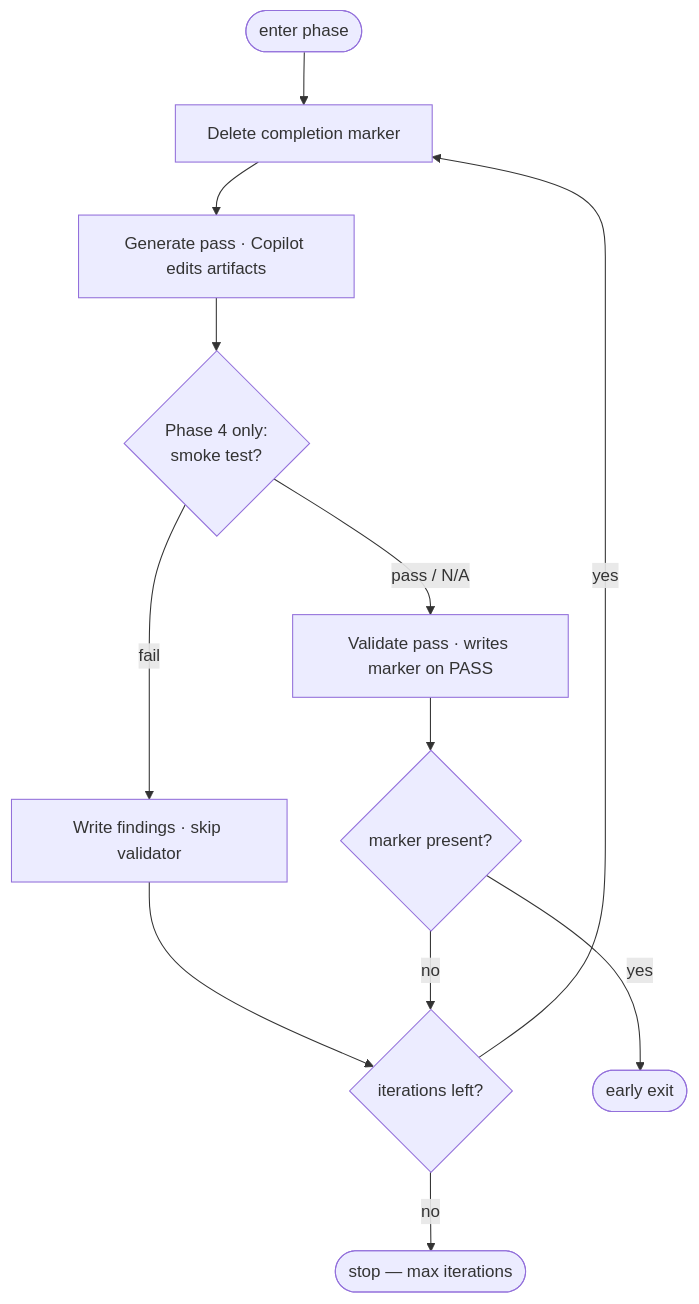
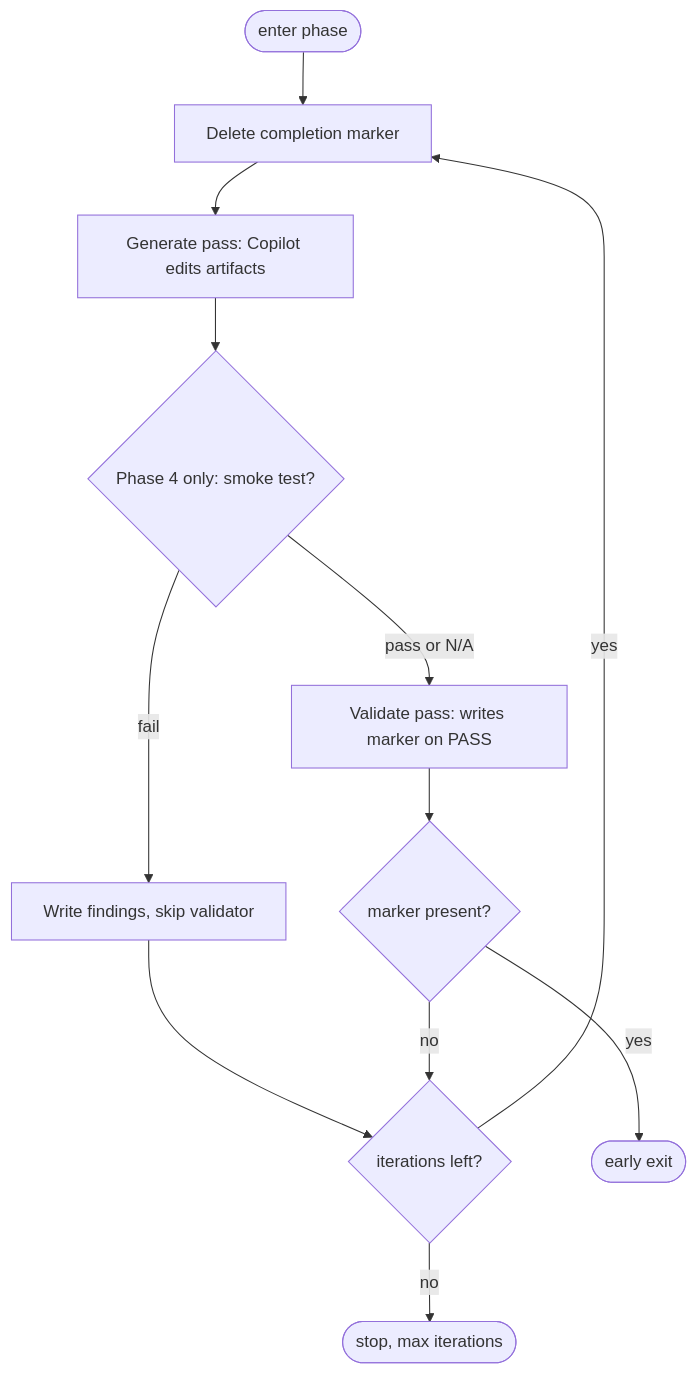
Before and after one commit to HighTech-Innovators/CodeWeave: the second of 2 diagrams in README.md, drawn with Mermaid. The commit also changed other lines of this file and 3 other files, not shown here.

````diff
--- a/README.md
+++ b/README.md
@@ -185,13 +182,13 @@
 ```mermaid
 flowchart TD
     enter(["enter phase"]) --> del["Delete completion marker"]
-    del --> genp["Generate pass · Copilot edits artifacts"]
-    genp --> smoke{"Phase 4 only:<br/>smoke test?"}
-    smoke -- fail --> report["Write findings · skip validator"] --> iter
-    smoke -- "pass / N/A" --> val["Validate pass · writes marker on PASS"]
+    del --> genp["Generate pass: Copilot edits artifacts"]
+    genp --> smoke{"Phase 4 only: smoke test?"}
+    smoke -- fail --> report["Write findings, skip validator"] --> iter
+    smoke -- "pass or N/A" --> val["Validate pass: writes marker on PASS"]
     val --> marker{"marker present?"}
     marker -- yes --> exitok(["early exit"])
     marker -- no --> iter{"iterations left?"}
     iter -- yes --> del
-    iter -- no --> stopmax(["stop — max iterations"])
+    iter -- no --> stopmax(["stop, max iterations"])
 ```
````
